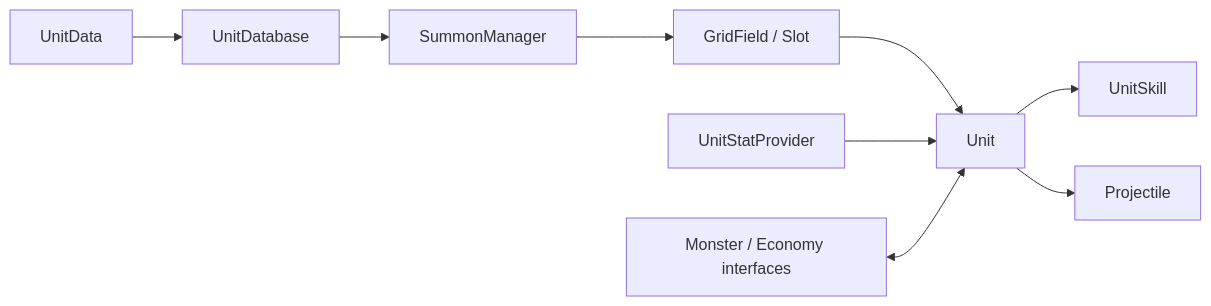
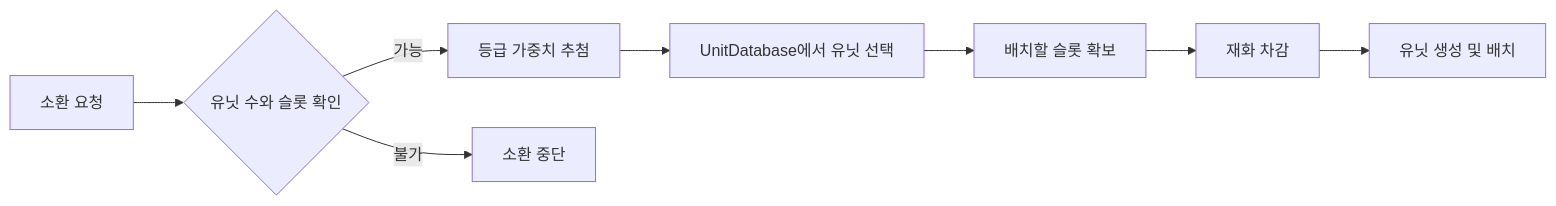
Before and after one commit to gesua/DefenseRush_UnitScripts: the first of 2 diagrams in README.md, drawn with Mermaid. The commit also changed other lines of this file, not shown here.

````diff
--- a/README.md
+++ b/README.md
@@ -68,11 +84,10 @@
 ```mermaid
 flowchart LR
-    A[UnitData] --> B[UnitDatabase]
-    B --> C[SummonManager]
-    C --> D[GridField / Slot]
-    D --> E[Unit]
-    E --> F[UnitSkill]
-    E --> G[Projectile]
-    H[UnitStatProvider] --> E
-    I[Monster / Economy interfaces] <--> E
+    A[소환 요청] --> B{유닛 수와 슬롯 확인}
+    B -->|가능| C[등급 가중치 추첨]
+    C --> D[UnitDatabase에서 유닛 선택]
+    D --> E[배치할 슬롯 확보]
+    E --> F[재화 차감]
+    F --> G[유닛 생성 및 배치]
+    B -->|불가| H[소환 중단]
 ```
````
